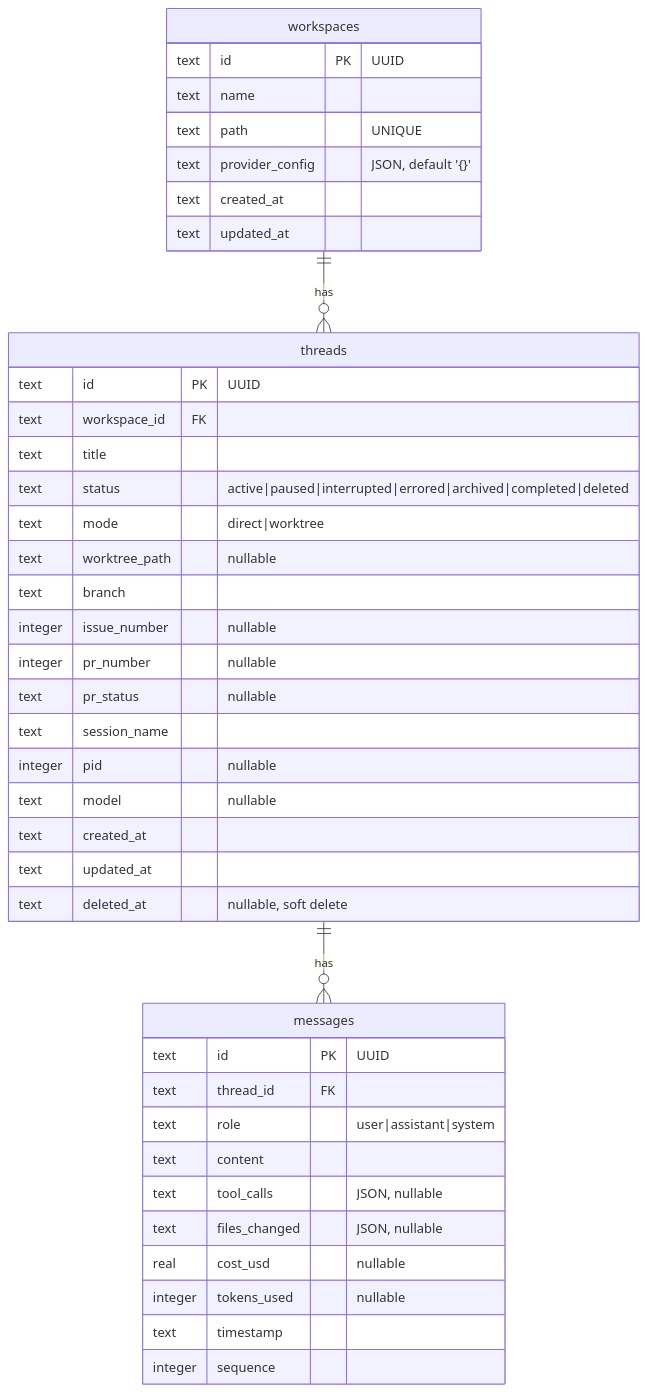
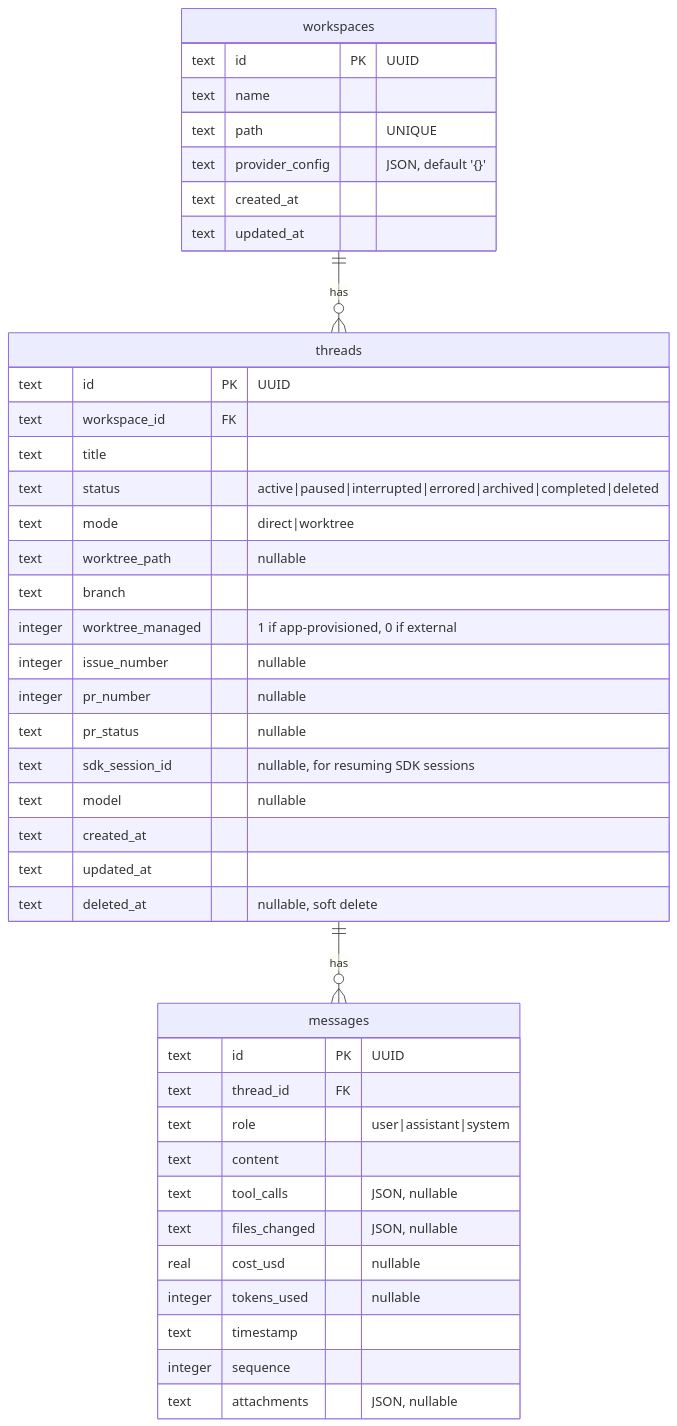
One commit to Mzeey-Emipre/mcode changed the fourth of 6 diagrams in ARCHITECTURE.md. Above: the diagram before and after it, drawn with Mermaid. The commit also changed other lines of this file and 121 other files, not shown here.

````diff
--- a/ARCHITECTURE.md
+++ b/ARCHITECTURE.md
@@ -104,46 +256,47 @@
 ```mermaid
 erDiagram
     workspaces {
         text id PK "UUID"
         text name
         text path "UNIQUE"
         text provider_config "JSON, default '{}'"
         text created_at
         text updated_at
     }
 
     threads {
         text id PK "UUID"
         text workspace_id FK
         text title
         text status "active|paused|interrupted|errored|archived|completed|deleted"
         text mode "direct|worktree"
         text worktree_path "nullable"
         text branch
+        integer worktree_managed "1 if app-provisioned, 0 if external"
         integer issue_number "nullable"
         integer pr_number "nullable"
         text pr_status "nullable"
-        text session_name
-        integer pid "nullable"
+        text sdk_session_id "nullable, for resuming SDK sessions"
         text model "nullable"
         text created_at
         text updated_at
         text deleted_at "nullable, soft delete"
     }
 
     messages {
         text id PK "UUID"
         text thread_id FK
         text role "user|assistant|system"
         text content
         text tool_calls "JSON, nullable"
         text files_changed "JSON, nullable"
         real cost_usd "nullable"
         integer tokens_used "nullable"
         text timestamp
         integer sequence
+        text attachments "JSON, nullable"
     }
 
     workspaces ||--o{ threads : "has"
     threads ||--o{ messages : "has"
 ```
````
